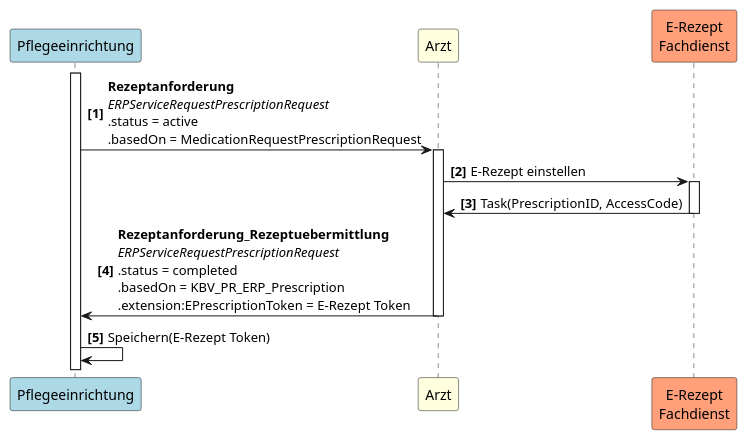
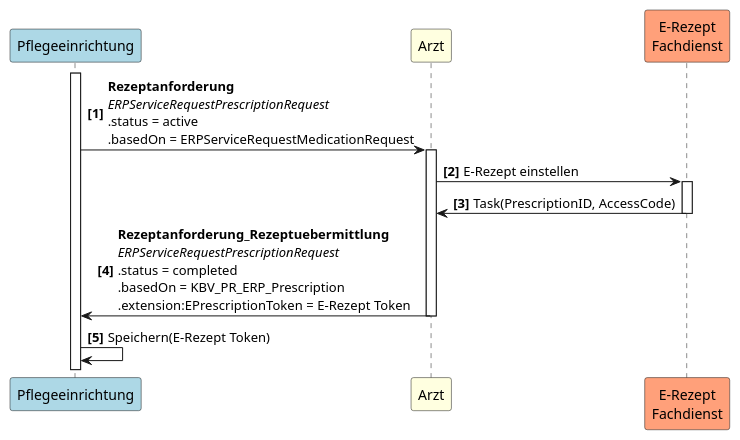
Before and after one commit to gematik/spec-E-Rezept-ServiceRequest: the diagram in Resources/puml/UC1_1.puml, drawn with PlantUML. The commit also changed 17 other files, not shown here.

```diff
--- a/Resources/puml/UC1_1.puml
+++ b/Resources/puml/UC1_1.puml
@@ -1,13 +1,13 @@
 @startuml UC1_1
 autonumber "<b>[0]"
 participant Pflegeeinrichtung as PE #LightBlue
 participant Arzt as A #LightYellow
 participant "E-Rezept\nFachdienst" as FD #LightSalmon
 
 activate PE
-PE -> A++: <b>Rezeptanforderung \n<i>ERPServiceRequestPrescriptionRequest \n.status = active \n.basedOn = MedicationRequestPrescriptionRequest
+PE -> A++: <b>Rezeptanforderung \n<i>ERPServiceRequestPrescriptionRequest \n.status = active \n.basedOn = ERPServiceRequestMedicationRequest
 A -> FD++: E-Rezept einstellen
 FD -> A--: Task(PrescriptionID, AccessCode)
 A -> PE--: <b>Rezeptanforderung_Rezeptuebermittlung\n<i>ERPServiceRequestPrescriptionRequest \n.status = completed \n.basedOn = KBV_PR_ERP_Prescription \n.extension:EPrescriptionToken = E-Rezept Token
 PE -> PE: Speichern(E-Rezept Token)
 @enduml
```
